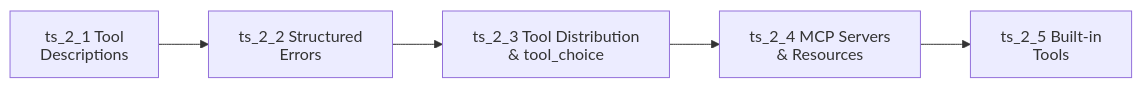
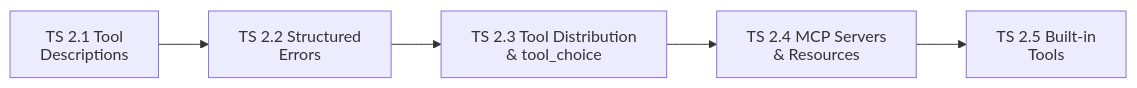
One commit to dip4k/claude_cert_architect_foundation_prep changed the second of 3 diagrams in domain2/README.md. Above: the diagram before and after it, drawn with Mermaid. The commit also changed other lines of this file and 56 other files, not shown here.

Commit message:
docs: improve beginner clarity, flow, Mermaid compliance across domains and expand EXAM_REFRESHER to all 30 TS

````diff
--- a/domain2/README.md
+++ b/domain2/README.md
@@ -49,11 +49,11 @@
 ```mermaid
 ---
 config:
   htmlLabels: false
 ---
 flowchart LR
-    A["ts_2_1 Tool<br>Descriptions"] --> B["ts_2_2 Structured<br>Errors"]
-    B --> C["ts_2_3 Tool Distribution<br>& tool_choice"]
-    C --> D["ts_2_4 MCP Servers<br>& Resources"]
-    D --> E["ts_2_5 Built-in<br>Tools"]
+    A["TS 2.1 Tool<br>Descriptions"] --> B["TS 2.2 Structured<br>Errors"]
+    B --> C["TS 2.3 Tool Distribution<br>& tool_choice"]
+    C --> D["TS 2.4 MCP Servers<br>& Resources"]
+    D --> E["TS 2.5 Built-in<br>Tools"]
 ```
````
